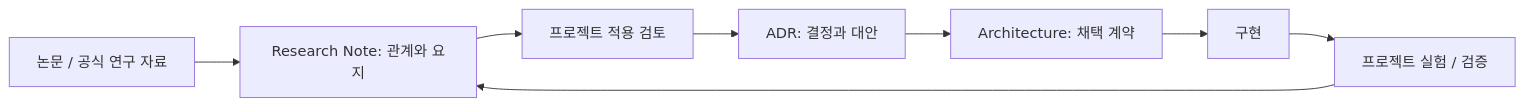
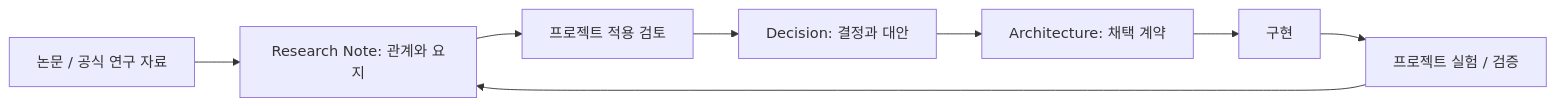
The diagram in Docs/MDSSP-Vault/02_Research/0000_Research-Index.md (Yonaim/Material-Dependent-Surface-State-Engine), drawn with Mermaid before and after one commit. The commit also changed other lines of this file and 269 other files, not shown here.

````diff
--- a/Docs/MDSSP-Vault/02_Research/0000_Research-Index.md
+++ b/Docs/MDSSP-Vault/02_Research/0000_Research-Index.md
@@ -32,10 +32,10 @@
 ```mermaid
 flowchart LR
   Source[논문 / 공식 연구 자료] --> Note[Research Note: 관계와 요지]
   Note --> Review[프로젝트 적용 검토]
-  Review --> ADR[ADR: 결정과 대안]
-  ADR --> Architecture[Architecture: 채택 계약]
+  Review --> Decision[Decision: 결정과 대안]
+  Decision --> Architecture[Architecture: 채택 계약]
   Architecture --> Implementation[구현]
   Implementation --> Experiment[프로젝트 실험 / 검증]
   Experiment --> Note
 ```
````
